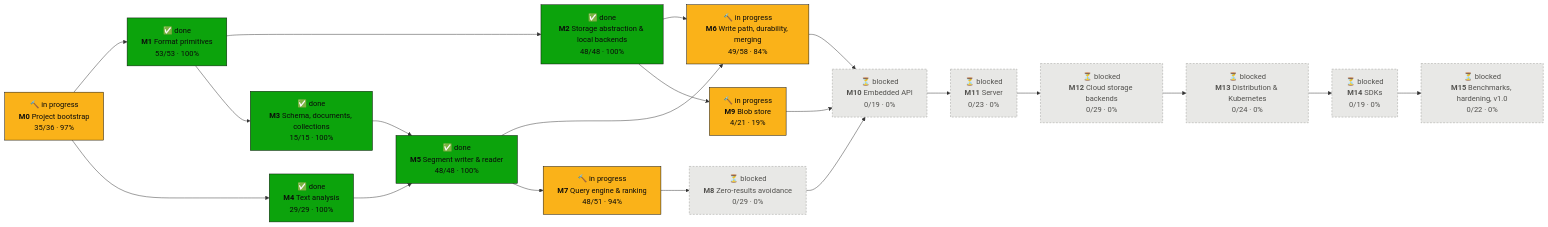
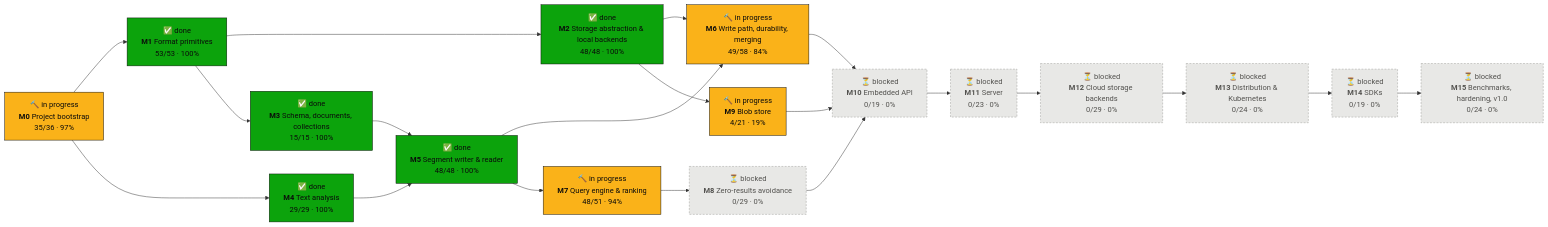
One commit to tomiok/persiaDB changed the first of 2 diagrams in PROGRESS.md. Above: the diagram before and after it, drawn with Mermaid. The commit also changed other lines of this file and 22 other files, not shown here.

````diff
--- a/PROGRESS.md
+++ b/PROGRESS.md
@@ -16,42 +16,42 @@
 ```mermaid
 flowchart LR
   M0["🔨 in progress<br/><b>M0</b> Project bootstrap<br/>35/36 · 97%"]:::doing
   M1["✅ done<br/><b>M1</b> Format primitives<br/>53/53 · 100%"]:::done
   M2["✅ done<br/><b>M2</b> Storage abstraction & local backends<br/>48/48 · 100%"]:::done
   M3["✅ done<br/><b>M3</b> Schema, documents, collections<br/>15/15 · 100%"]:::done
   M4["✅ done<br/><b>M4</b> Text analysis<br/>29/29 · 100%"]:::done
   M5["✅ done<br/><b>M5</b> Segment writer & reader<br/>48/48 · 100%"]:::done
   M6["🔨 in progress<br/><b>M6</b> Write path, durability, merging<br/>49/58 · 84%"]:::doing
   M7["🔨 in progress<br/><b>M7</b> Query engine & ranking<br/>48/51 · 94%"]:::doing
   M8["⏳ blocked<br/><b>M8</b> Zero-results avoidance<br/>0/29 · 0%"]:::blocked
   M9["🔨 in progress<br/><b>M9</b> Blob store<br/>4/21 · 19%"]:::doing
   M10["⏳ blocked<br/><b>M10</b> Embedded API<br/>0/19 · 0%"]:::blocked
   M11["⏳ blocked<br/><b>M11</b> Server<br/>0/23 · 0%"]:::blocked
   M12["⏳ blocked<br/><b>M12</b> Cloud storage backends<br/>0/29 · 0%"]:::blocked
   M13["⏳ blocked<br/><b>M13</b> Distribution & Kubernetes<br/>0/24 · 0%"]:::blocked
   M14["⏳ blocked<br/><b>M14</b> SDKs<br/>0/19 · 0%"]:::blocked
-  M15["⏳ blocked<br/><b>M15</b> Benchmarks, hardening, v1.0<br/>0/22 · 0%"]:::blocked
+  M15["⏳ blocked<br/><b>M15</b> Benchmarks, hardening, v1.0<br/>0/24 · 0%"]:::blocked
   M0 --> M1
   M1 --> M2
   M1 --> M3
   M0 --> M4
   M3 --> M5
   M4 --> M5
   M2 --> M6
   M5 --> M6
   M5 --> M7
   M7 --> M8
   M2 --> M9
   M6 --> M10
   M8 --> M10
   M9 --> M10
   M10 --> M11
   M11 --> M12
   M12 --> M13
   M13 --> M14
   M14 --> M15
   classDef done fill:#0ca30c,stroke:#0b0b0b,color:#0b0b0b
   classDef doing fill:#fab219,stroke:#0b0b0b,color:#0b0b0b
   classDef ready fill:#fcfcfb,stroke:#0b0b0b,stroke-width:2px,color:#0b0b0b
   classDef blocked fill:#e8e8e6,stroke:#9a9a96,stroke-dasharray:4 3,color:#52514e
 ```
````
